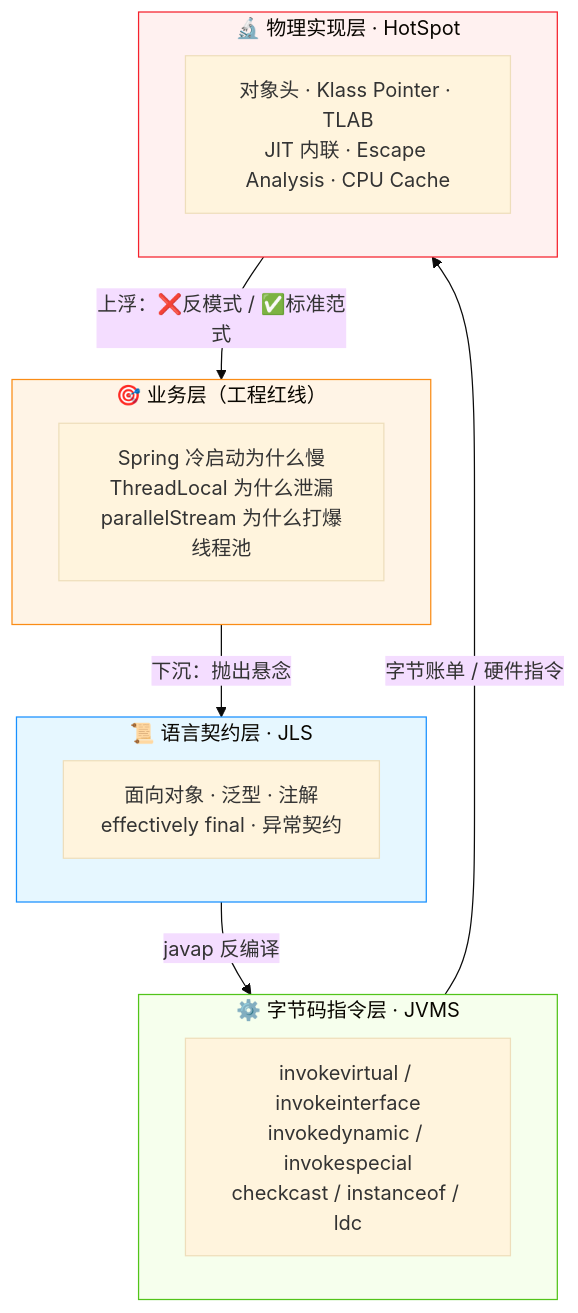
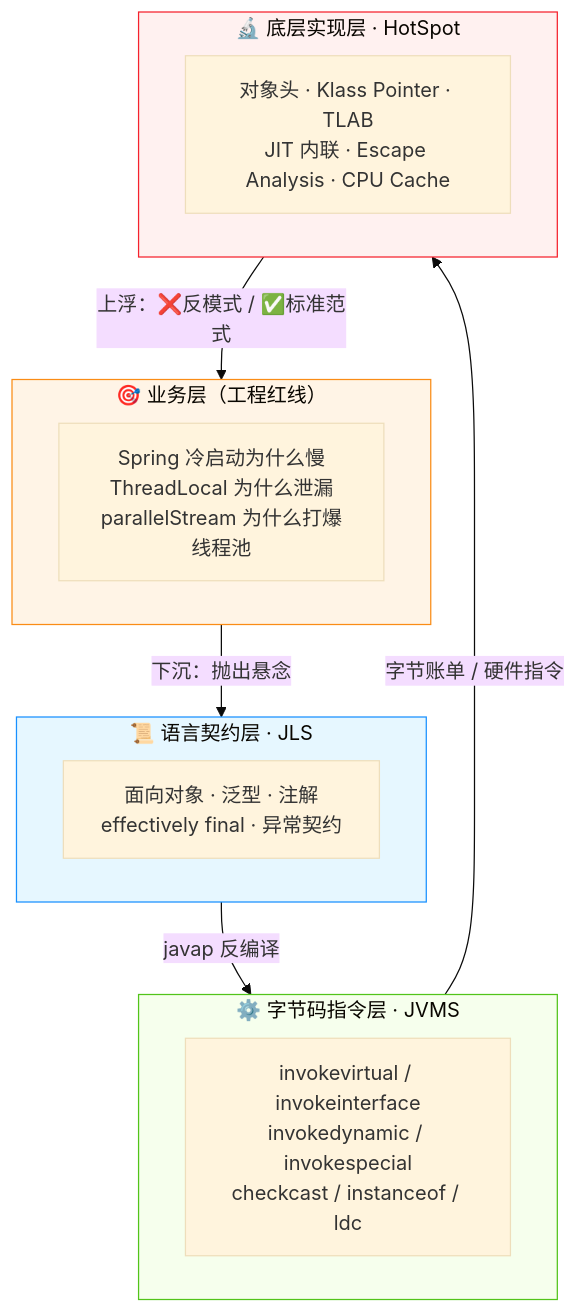
One commit to b1tzer/b1tzer.github.io changed the third of 3 diagrams in docs/01-java-basic/00-Java 物理透视：从字节码剖析到 JVM 内存布局的二十四篇.md. Above: the diagram before and after it, drawn with Mermaid (base theme). The commit also changed other lines of this file and 22 other files, not shown here.

````diff
--- a/docs/01-java-basic/00-Java 物理透视：从字节码剖析到 JVM 内存布局的二十四篇.md
+++ b/docs/01-java-basic/00-Java 物理透视：从字节码剖析到 JVM 内存布局的二十四篇.md
@@ -100,28 +100,28 @@
 ```mermaid
 flowchart TB
     subgraph L1["🎯 业务层（工程红线）"]
         direction LR
         B1["Spring 冷启动为什么慢<br/>ThreadLocal 为什么泄漏<br/>parallelStream 为什么打爆线程池"]
     end
     subgraph L2["📜 语言契约层 · JLS"]
         direction LR
         L21["面向对象 · 泛型 · 注解<br/>effectively final · 异常契约"]
     end
     subgraph L3["⚙️ 字节码指令层 · JVMS"]
         direction LR
         L31["invokevirtual / invokeinterface<br/>invokedynamic / invokespecial<br/>checkcast / instanceof / ldc"]
     end
-    subgraph L4["🔬 物理实现层 · HotSpot"]
+    subgraph L4["🔬 底层实现层 · HotSpot"]
         direction LR
         L41["对象头 · Klass Pointer · TLAB<br/>JIT 内联 · Escape Analysis · CPU Cache"]
     end
     L1 -->|"下沉：抛出悬念"| L2
     L2 -->|"javap 反编译"| L3
     L3 -->|"字节账单 / 硬件指令"| L4
     L4 -->|"上浮：❌反模式 / ✅标准范式"| L1
 
     style L1 fill:#fff4e6,stroke:#fa8c16
     style L2 fill:#e6f7ff,stroke:#1890ff
     style L3 fill:#f6ffed,stroke:#52c41a
     style L4 fill:#fff1f0,stroke:#f5222d
 ```
````
